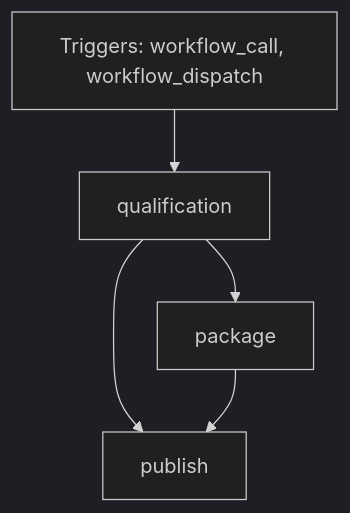
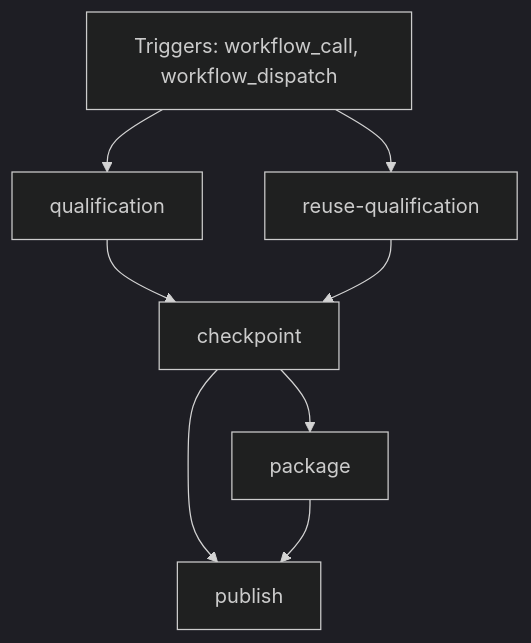
One commit to FrenchExDev2/QuietCli.PoSh changed the diagram in docs/ci/github/script-publish-psgallery.md. Above: the diagram before and after it, drawn with Mermaid (dark theme). The commit also changed other lines of this file and 40 other files, not shown here.

```diff
--- a/docs/ci/github/script-publish-psgallery.md
+++ b/docs/ci/github/script-publish-psgallery.md
@@ -23,11 +23,16 @@
 ~~~mermaid
 flowchart TD
     event["Triggers: workflow_call, workflow_dispatch"]
+    job_checkpoint["checkpoint"]
     job_package["package"]
     job_publish["publish"]
     job_qualification["qualification"]
-    job_qualification --> job_package
-    job_qualification --> job_publish
+    job_reuse_qualification["reuse-qualification"]
+    job_qualification --> job_checkpoint
+    job_reuse_qualification --> job_checkpoint
+    job_checkpoint --> job_package
+    job_checkpoint --> job_publish
     job_package --> job_publish
     event --> job_qualification
+    event --> job_reuse_qualification
 ~~~
```
